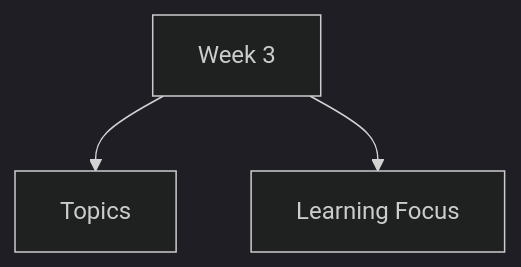
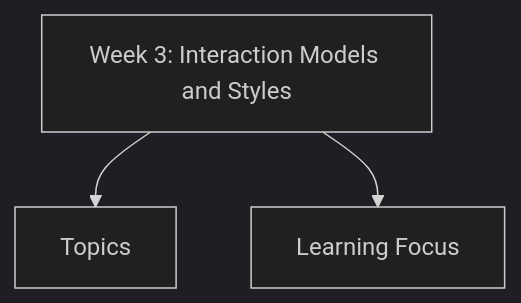
Before and after one commit to abdulahshoaib/ahci: the diagram in content/docs/week-3/_index.md, drawn with Mermaid (dark theme). The commit also changed other lines of this file and 10 other files, not shown here.

````diff
--- a/content/docs/week-3/_index.md
+++ b/content/docs/week-3/_index.md
@@ -11,6 +12,6 @@
 ```mermaid
 flowchart TD
-    T["Week 3"]
+    T["Week 3: Interaction Models and Styles"]
     T --> S1["Topics"]
     T --> S2["Learning Focus"]
 ```
````
